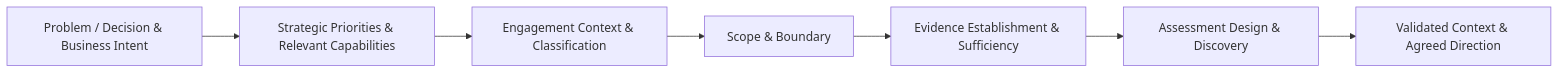
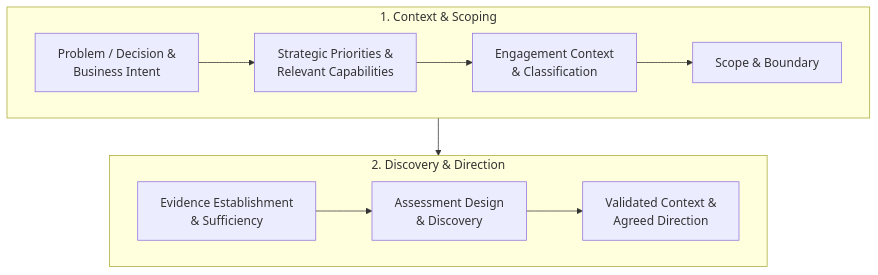
Before and after one commit to avfranco-br/portfolio: the first of 3 diagrams in docs/sop/01-discover-align.md, drawn with Mermaid. The commit also changed other lines of this file and 10 other files, not shown here.

Commit message:
Refactor Mermaid diagrams across SOP and methods documentation for legibility

````diff
--- a/docs/sop/01-discover-align.md
+++ b/docs/sop/01-discover-align.md
@@ -25,9 +25,17 @@
 ```mermaid
-graph LR
-    A["Problem / Decision & Business Intent"] --> B["Strategic Priorities & Relevant Capabilities"]
-    B --> C["Engagement Context & Classification"]
-    C --> D["Scope & Boundary"]
-    D --> E["Evidence Establishment & Sufficiency"]
-    E --> F["Assessment Design & Discovery"]
-    F --> G["Validated Context & Agreed Direction"]
+flowchart TD
+    subgraph S1["1. Context & Scoping"]
+        direction LR
+        A["Problem / Decision &<br/>Business Intent"] --> B["Strategic Priorities &<br/>Relevant Capabilities"]
+        B --> C["Engagement Context<br/>& Classification"]
+        C --> D["Scope & Boundary"]
+    end
+
+    subgraph S2["2. Discovery & Direction"]
+        direction LR
+        E["Evidence Establishment<br/>& Sufficiency"] --> F["Assessment Design<br/>& Discovery"]
+        F --> G["Validated Context &<br/>Agreed Direction"]
+    end
+
+    D --> E
 ```
````
